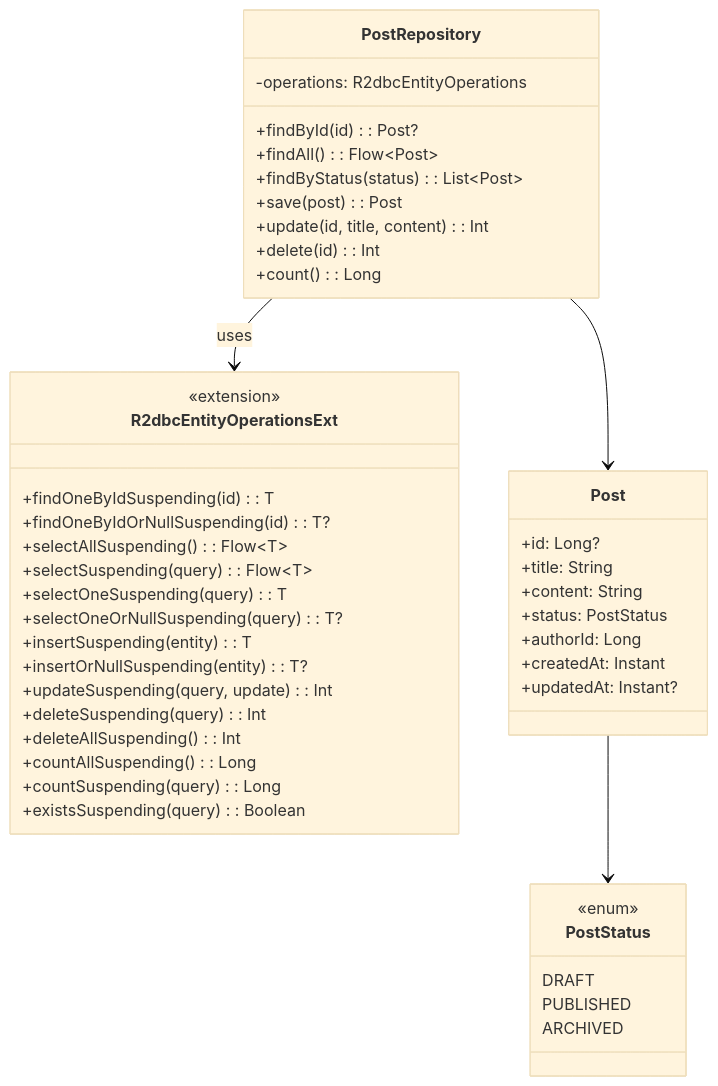
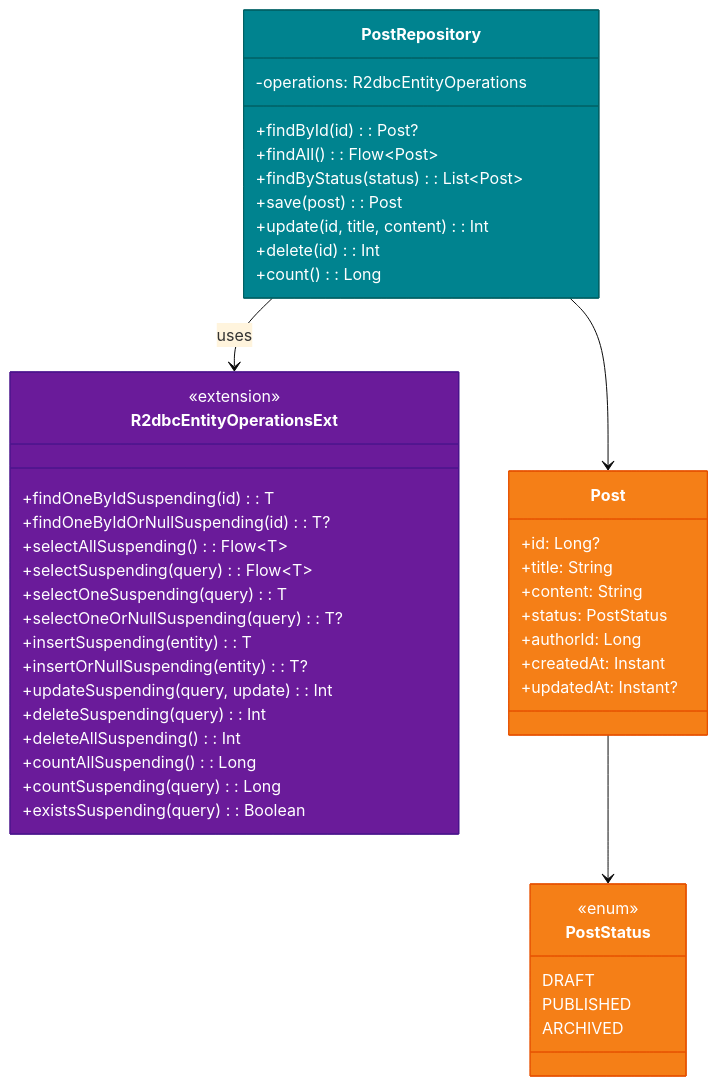
One commit to bluetape4k/bluetape4k-projects changed the first of 4 diagrams in spring-boot3/r2dbc/README.md. Above: the diagram before and after it, drawn with Mermaid (base theme). The commit also changed other lines of this file and 221 other files, not shown here.

First line of the commit message:
docs: 전체 모듈 README UML 다이어그램 보강 및 색상 업그레이드

````diff
--- a/spring-boot3/r2dbc/README.md
+++ b/spring-boot3/r2dbc/README.md
@@ -306,49 +306,54 @@
 ```mermaid
 classDiagram
     class R2dbcEntityOperationsExt {
         <<extension>>
         +findOneByIdSuspending(id): T
         +findOneByIdOrNullSuspending(id): T?
         +selectAllSuspending(): Flow~T~
         +selectSuspending(query): Flow~T~
         +selectOneSuspending(query): T
         +selectOneOrNullSuspending(query): T?
         +insertSuspending(entity): T
         +insertOrNullSuspending(entity): T?
         +updateSuspending(query, update): Int
         +deleteSuspending(query): Int
         +deleteAllSuspending(): Int
         +countAllSuspending(): Long
         +countSuspending(query): Long
         +existsSuspending(query): Boolean
     }
     class PostRepository {
         -operations: R2dbcEntityOperations
         +findById(id): Post?
         +findAll(): Flow~Post~
         +findByStatus(status): List~Post~
         +save(post): Post
         +update(id, title, content): Int
         +delete(id): Int
         +count(): Long
     }
     class Post {
         +id: Long?
         +title: String
         +content: String
         +status: PostStatus
         +authorId: Long
         +createdAt: Instant
         +updatedAt: Instant?
     }
     class PostStatus {
         <<enum>>
         DRAFT
         PUBLISHED
         ARCHIVED
     }
 
     PostRepository --> R2dbcEntityOperationsExt : uses
     PostRepository --> Post
     Post --> PostStatus
+
+    style R2dbcEntityOperationsExt fill:#6A1B9A,stroke:#4A148C,color:#FFFFFF
+    style PostRepository fill:#00838F,stroke:#006064,color:#FFFFFF
+    style Post fill:#F57F17,stroke:#E65100,color:#FFFFFF
+    style PostStatus fill:#F57F17,stroke:#E65100,color:#FFFFFF
 ```
````
